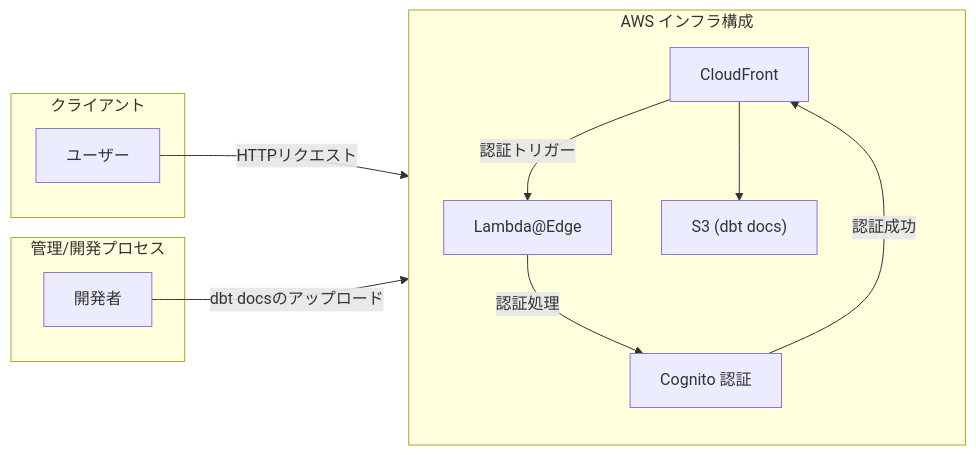
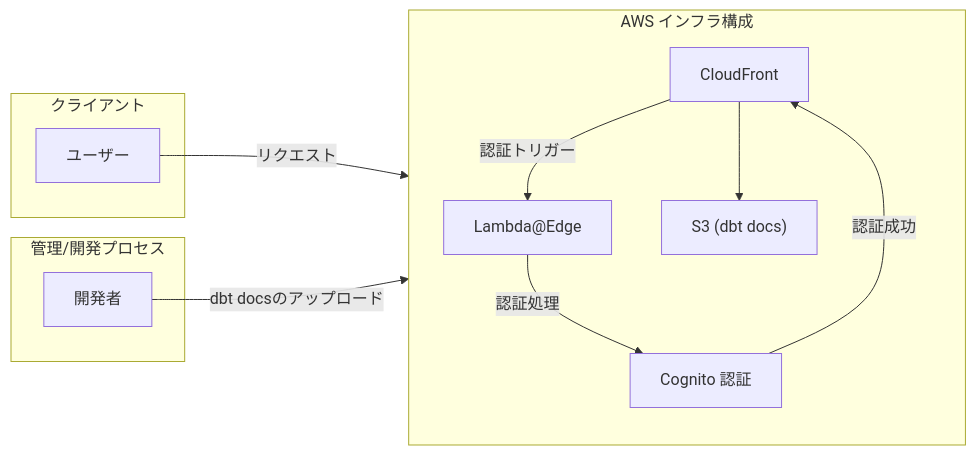
Before and after one commit to VizAna-Data/dbt-site-cloudfront-cognito-sample: the diagram in README.md, drawn with Mermaid.

Commit message:
readme微修正

````diff
--- a/README.md
+++ b/README.md
@@ -19,29 +19,29 @@
 ```mermaid
 flowchart LR
     %% AWSインフラ構成
     subgraph "AWS インフラ構成"
         direction TB
         CF["CloudFront"]
         LE["Lambda@Edge"]
         COG["Cognito 認証"]
         S3["S3 (dbt docs)"]
     end
 
     %% ユーザーからのリクエスト
     subgraph "クライアント"
         U["ユーザー"]
     end
 
-    U -- "HTTPリクエスト" --> CF
+    U -- "リクエスト" --> CF
     CF -- "認証トリガー" --> LE
     LE -- "認証処理" --> COG
     COG -- "認証成功" --> CF
     CF --> S3
 
     %% 開発者によるドキュメントアップロード
     subgraph "管理/開発プロセス"
         DEV["開発者"]
     end
 
     DEV -- "dbt docsのアップロード" --> S3
 ```
````
